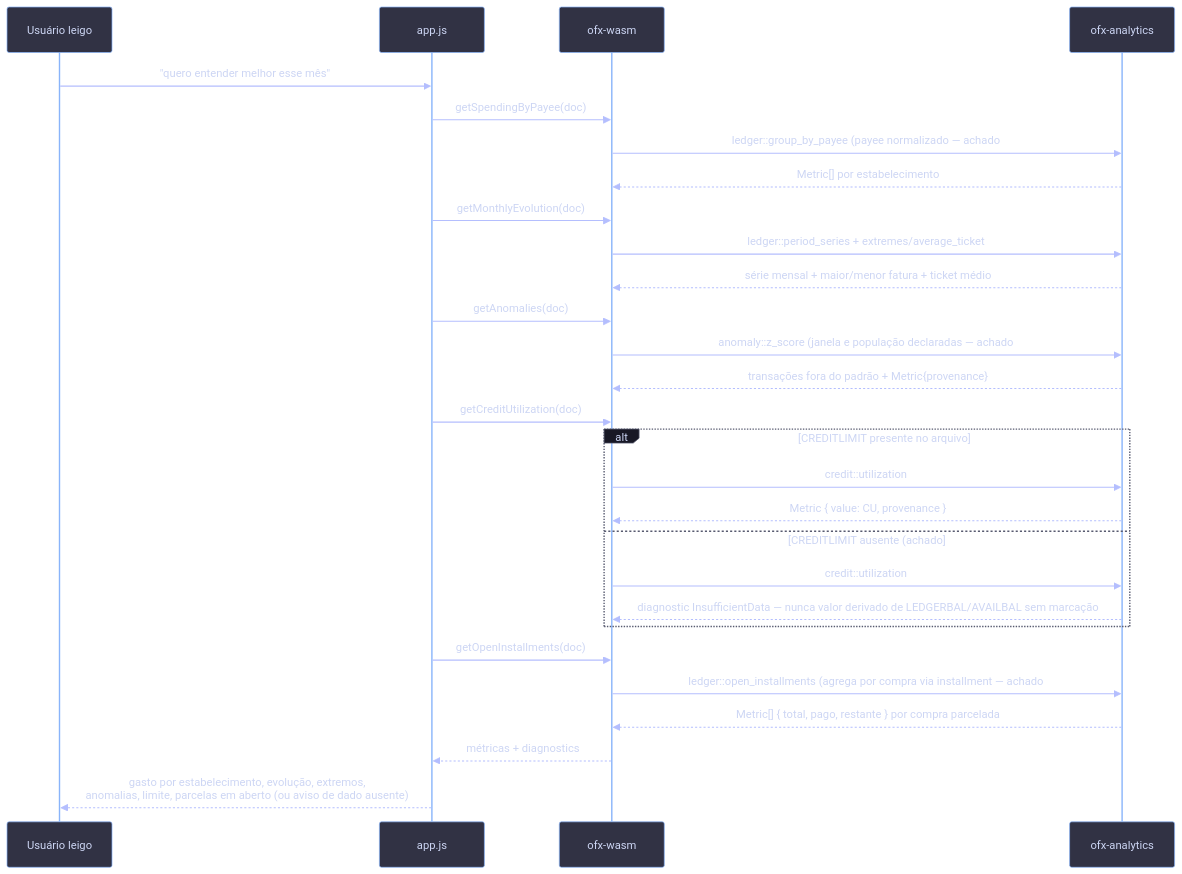
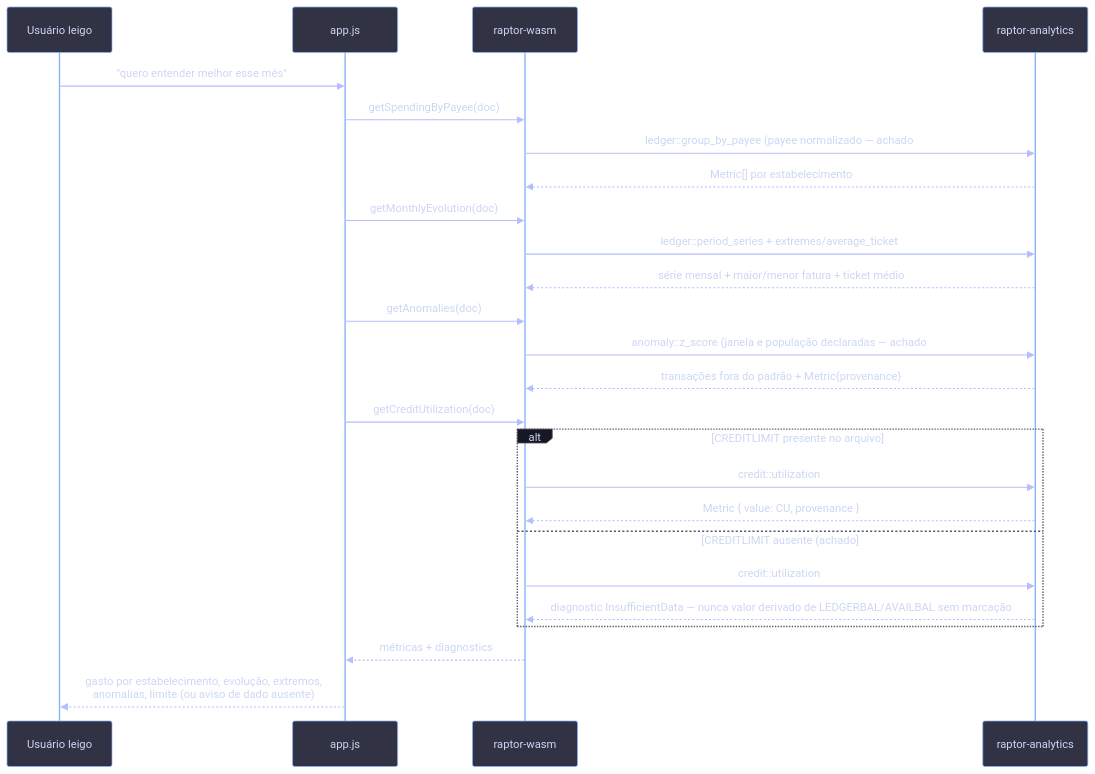
The fifth of 10 diagrams in docs/discovery-ofx-rust-wasm.md (fossio/raptor), drawn with Mermaid before and after one commit. The commit also changed other lines of this file and 19 other files, not shown here.

````diff
--- a/docs/discovery-ofx-rust-wasm.md
+++ b/docs/discovery-ofx-rust-wasm.md
@@ -632,32 +631,29 @@
 ```mermaid
 %%{init: {'theme':'base','themeVariables':{'background':'#1e1e2e','primaryColor':'#313244','primaryTextColor':'#cdd6f4','primaryBorderColor':'#89b4fa','lineColor':'#b4befe','actorBkg':'#313244','actorBorder':'#89b4fa','actorTextColor':'#cdd6f4','signalColor':'#b4befe','signalTextColor':'#cdd6f4','labelBoxBkgColor':'#181825','labelBoxBorderColor':'#585b70','noteBkgColor':'#45475a','noteTextColor':'#cdd6f4','fontFamily':'monospace'}}}%%
 sequenceDiagram
     participant U as Usuário leigo
     participant JS as app.js
-    participant W as ofx-wasm
-    participant A as ofx-analytics
+    participant W as raptor-wasm
+    participant A as raptor-analytics
 
     U->>JS: "quero entender melhor esse mês"
     JS->>W: getSpendingByPayee(doc)
     W->>A: ledger::group_by_payee (payee normalizado — achado #81)
     A-->>W: Metric[] por estabelecimento
     JS->>W: getMonthlyEvolution(doc)
     W->>A: ledger::period_series + extremes/average_ticket
     A-->>W: série mensal + maior/menor fatura + ticket médio
     JS->>W: getAnomalies(doc)
     W->>A: anomaly::z_score (janela e população declaradas — achado #70)
     A-->>W: transações fora do padrão + Metric{provenance}
     JS->>W: getCreditUtilization(doc)
     alt CREDITLIMIT presente no arquivo
         W->>A: credit::utilization
         A-->>W: Metric { value: CU, provenance }
     else CREDITLIMIT ausente (achado #59)
         W->>A: credit::utilization
         A-->>W: diagnostic InsufficientData — nunca valor derivado de LEDGERBAL/AVAILBAL sem marcação
     end
-    JS->>W: getOpenInstallments(doc)
-    W->>A: ledger::open_installments (agrega por compra via installment — achado #76)
-    A-->>W: Metric[] { total, pago, restante } por compra parcelada
     W-->>JS: métricas + diagnostics
-    JS-->>U: gasto por estabelecimento, evolução, extremos,<br/>anomalias, limite, parcelas em aberto (ou aviso de dado ausente)
+    JS-->>U: gasto por estabelecimento, evolução, extremos,<br/>anomalias, limite (ou aviso de dado ausente)
 ```
````
